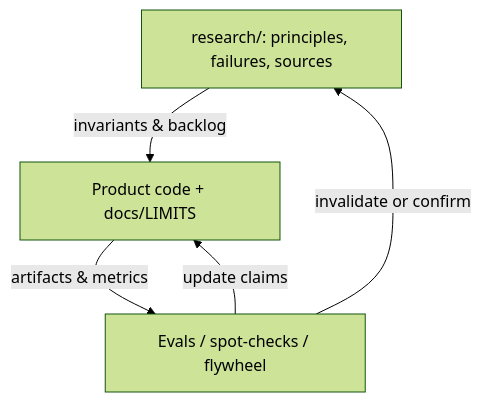
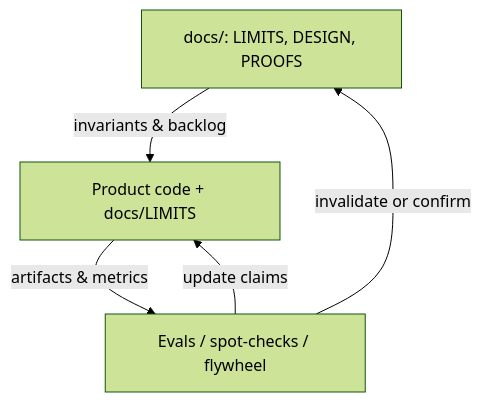
Before and after one commit to KanakMalpani/Artificial-Emotions: the second of 2 diagrams in docs/ROADMAP.md, drawn with Mermaid (forest theme). The commit also changed other lines of this file and 95 other files, not shown here.

````diff
--- a/docs/ROADMAP.md
+++ b/docs/ROADMAP.md
@@ -641,10 +637,10 @@
 ```mermaid
 flowchart TB
-  R[research/: principles, failures, sources]
+  R[docs/: LIMITS, DESIGN, PROOFS]
   P[Product code + docs/LIMITS]
   E[Evals / spot-checks / flywheel]
   R -->|invariants & backlog| P
   P -->|artifacts & metrics| E
   E -->|invalidate or confirm| R
   E -->|update claims| P
 ```
````
